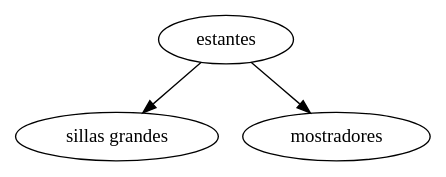
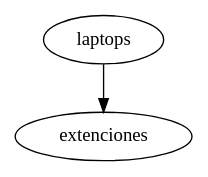
Before and after one commit to SaMuEl23PaJoC23/proyecto1_EDD_2S_Diciembre: the diagram in Proyecto1/AVL.dot, drawn with Graphviz. The commit also changed 9 other files, not shown here.

```diff
--- a/Proyecto1/AVL.dot
+++ b/Proyecto1/AVL.dot
@@ -1,7 +1,5 @@
  digraph G{
-NodoAVL0x25c267fd260[label = "estantes"]
-NodoAVL0x25c267fd260->NodoAVL0x25c267fd140
-NodoAVL0x25c267fd260->NodoAVL0x25c267fc840
-NodoAVL0x25c267fd140[label = "sillas grandes"]
-NodoAVL0x25c267fc840[label = "mostradores"]
+NodoAVL0x23e011f5e30[label = "laptops"]
+NodoAVL0x23e011f5e30->NodoAVL0x23e011f5410
+NodoAVL0x23e011f5410[label = "extenciones"]
 }
```
